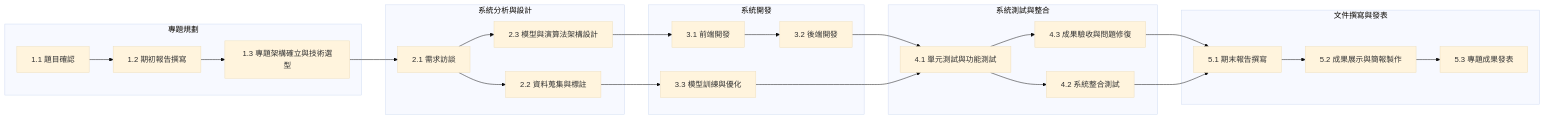
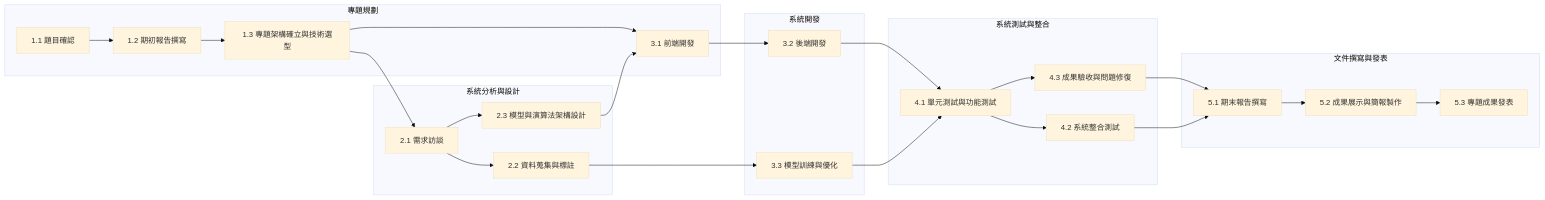
The second of 2 diagrams in README.md (hong-wei-qi/campus-traffic-violation-identification-system), drawn with Mermaid (base theme) before and after one commit.

````diff
--- a/README.md
+++ b/README.md
@@ -46,30 +46,31 @@
 ```mermaid
 graph LR
 
 subgraph "專題規劃"
     B[1.1 題目確認] --> C[1.2 期初報告撰寫];
     C --> D[1.3 專題架構確立與技術選型];
+    D --> H;
 end
 subgraph "系統分析與設計"
     D --> E[2.1 需求訪談];
     E --> F[2.2 資料蒐集與標註];
     E --> G[2.3 模型與演算法架構設計];
 end
 subgraph "系統開發"
     G --> H[3.1 前端開發];
     H --> I[3.2 後端開發];
     F --> J[3.3 模型訓練與優化];
 end
 subgraph "系統測試與整合"
     I --> K[4.1 單元測試與功能測試];
     J --> K;
     K --> L[4.2 系統整合測試];
     K --> M[4.3 成果驗收與問題修復];
 end
 subgraph "文件撰寫與發表"
     M --> N[5.1 期末報告撰寫];
     L --> N;
     N --> O[5.2 成果展示與簡報製作];
     O --> P[5.3 專題成果發表];
 end
 ```
````
